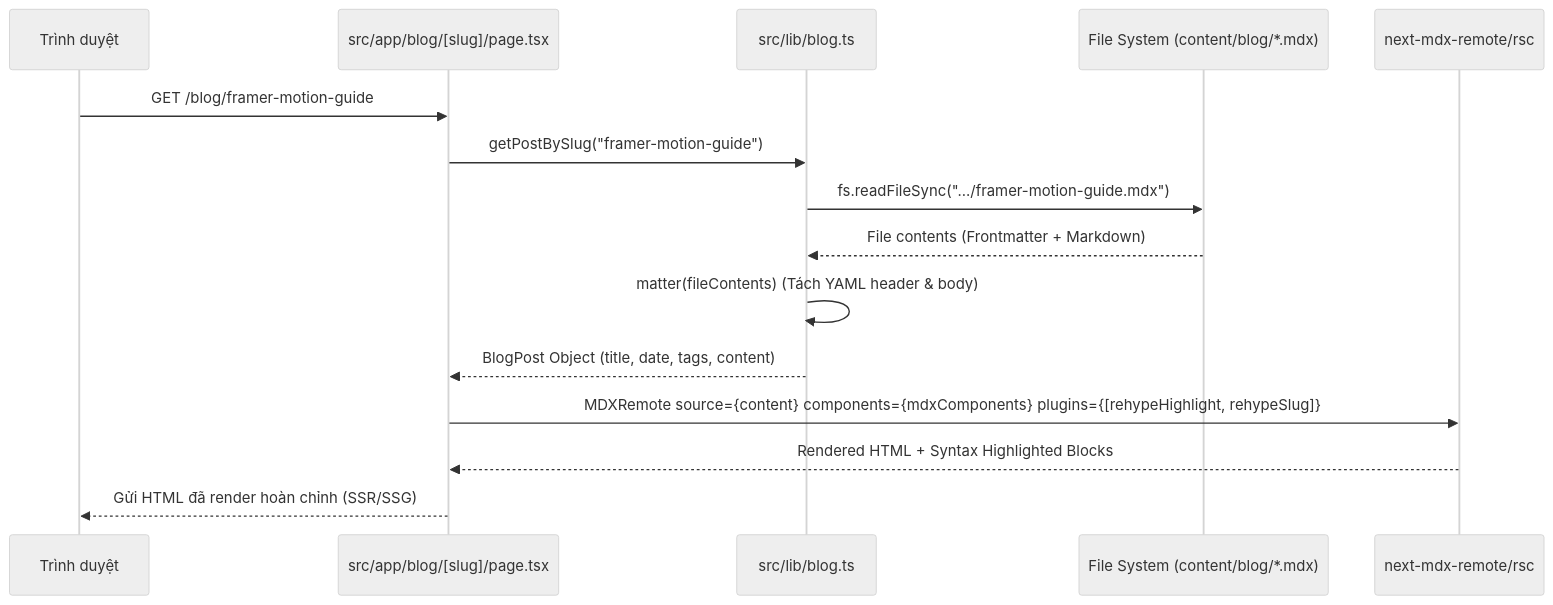
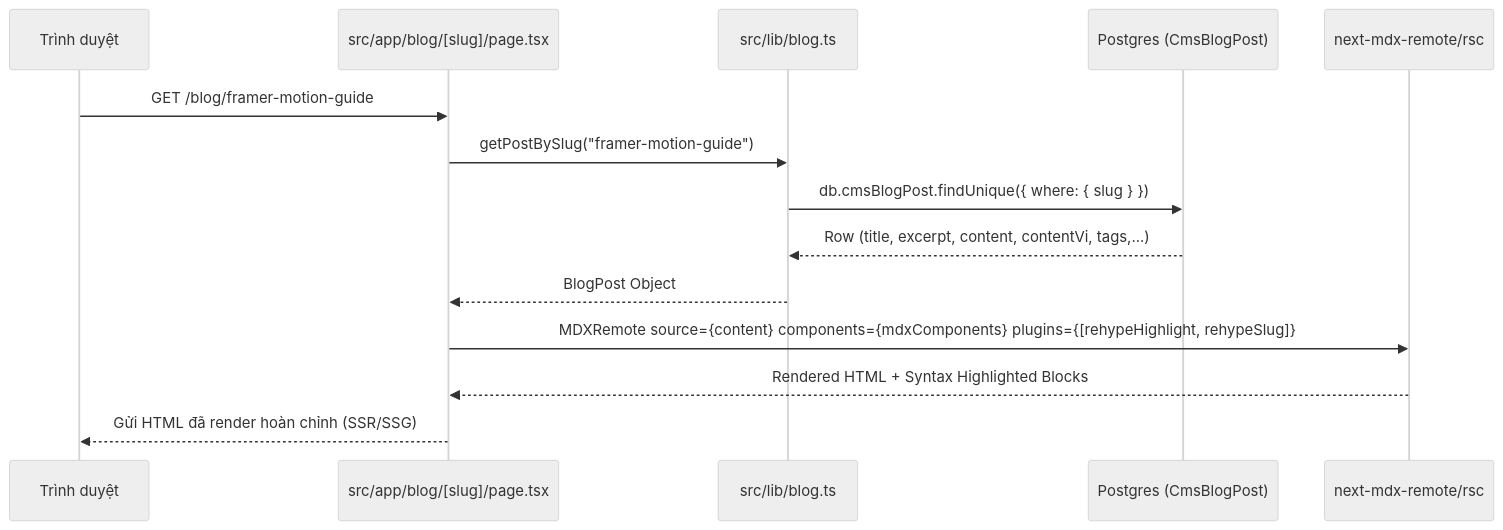
One commit to ThachHuynhIT/portfolio changed the second of 2 diagrams in docs/ARCHITECTURE.md. Above: the diagram before and after it, drawn with Mermaid (neutral theme). The commit also changed other lines of this file and 13 other files, not shown here.

````diff
--- a/docs/ARCHITECTURE.md
+++ b/docs/ARCHITECTURE.md
@@ -148,18 +119,17 @@
 ```mermaid
 sequenceDiagram
     participant User as Trình duyệt
     participant Page as src/app/blog/[slug]/page.tsx
     participant Lib as src/lib/blog.ts
-    participant FS as File System (content/blog/*.mdx)
+    participant DB as Postgres (CmsBlogPost)
     participant MDX as next-mdx-remote/rsc
 
     User->>Page: GET /blog/framer-motion-guide
     Page->>Lib: getPostBySlug("framer-motion-guide")
-    Lib->>FS: fs.readFileSync(".../framer-motion-guide.mdx")
-    FS-->>Lib: File contents (Frontmatter + Markdown)
-    Lib->>Lib: matter(fileContents) (Tách YAML header & body)
-    Lib-->>Page: BlogPost Object (title, date, tags, content)
+    Lib->>DB: db.cmsBlogPost.findUnique({ where: { slug } })
+    DB-->>Lib: Row (title, excerpt, content, contentVi, tags,...)
+    Lib-->>Page: BlogPost Object
     Page->>MDX: MDXRemote source={content} components={mdxComponents} plugins={[rehypeHighlight, rehypeSlug]}
     MDX-->>Page: Rendered HTML + Syntax Highlighted Blocks
     Page-->>User: Gửi HTML đã render hoàn chỉnh (SSR/SSG)
 ```
````
